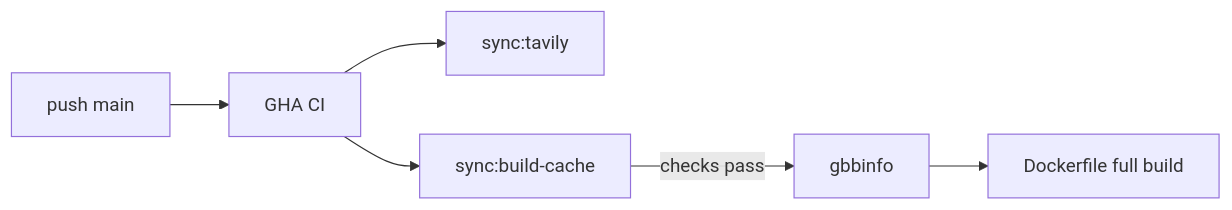
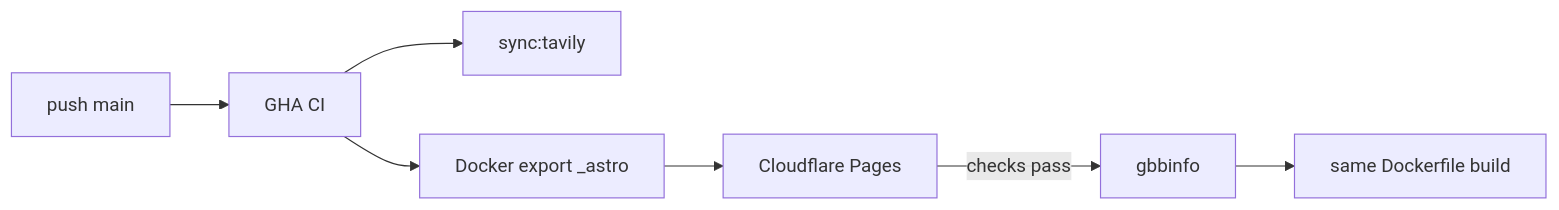
One commit to shumizu418128/gbbinfo4.0 changed the diagram in README.md. Above: the diagram before and after it, drawn with Mermaid. The commit also changed other lines of this file and 13 other files, not shown here.

````diff
--- a/README.md
+++ b/README.md
@@ -90,8 +95,9 @@
 ```mermaid
 flowchart LR
   push[push main] --> gha[GHA CI]
   gha --> tavily[sync:tavily]
-  gha --> cache[sync:build-cache]
-  cache -->|checks pass| render[gbbinfo]
-  render --> docker[Dockerfile full build]
+  gha --> dockerExport[Docker export _astro]
+  dockerExport --> pages[Cloudflare Pages]
+  pages -->|checks pass| render[gbbinfo]
+  render --> docker[same Dockerfile build]
 ```
````
